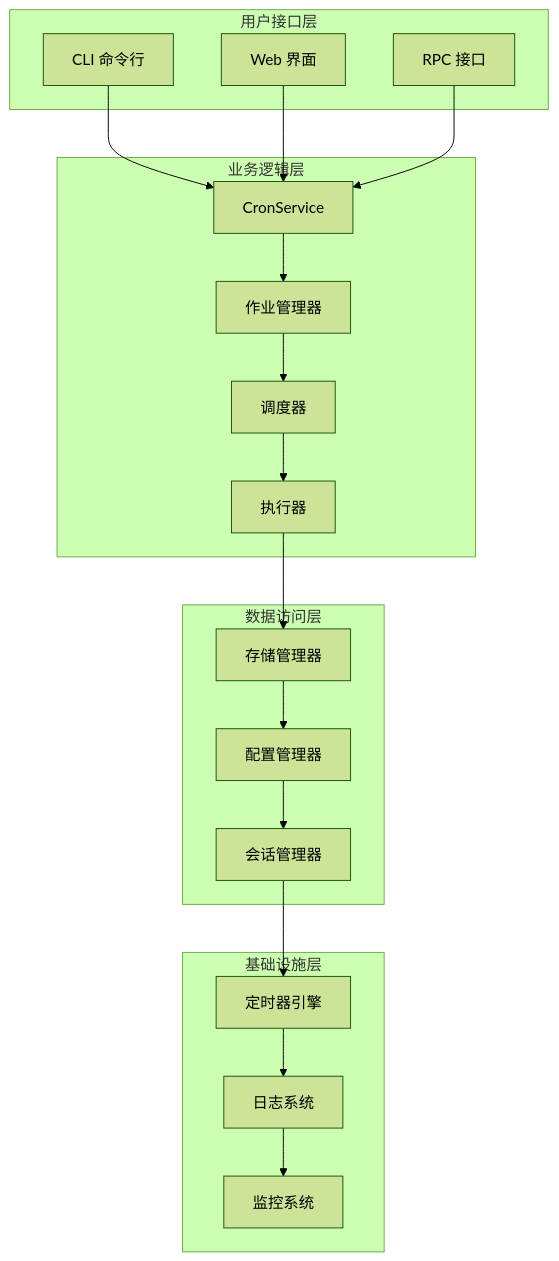
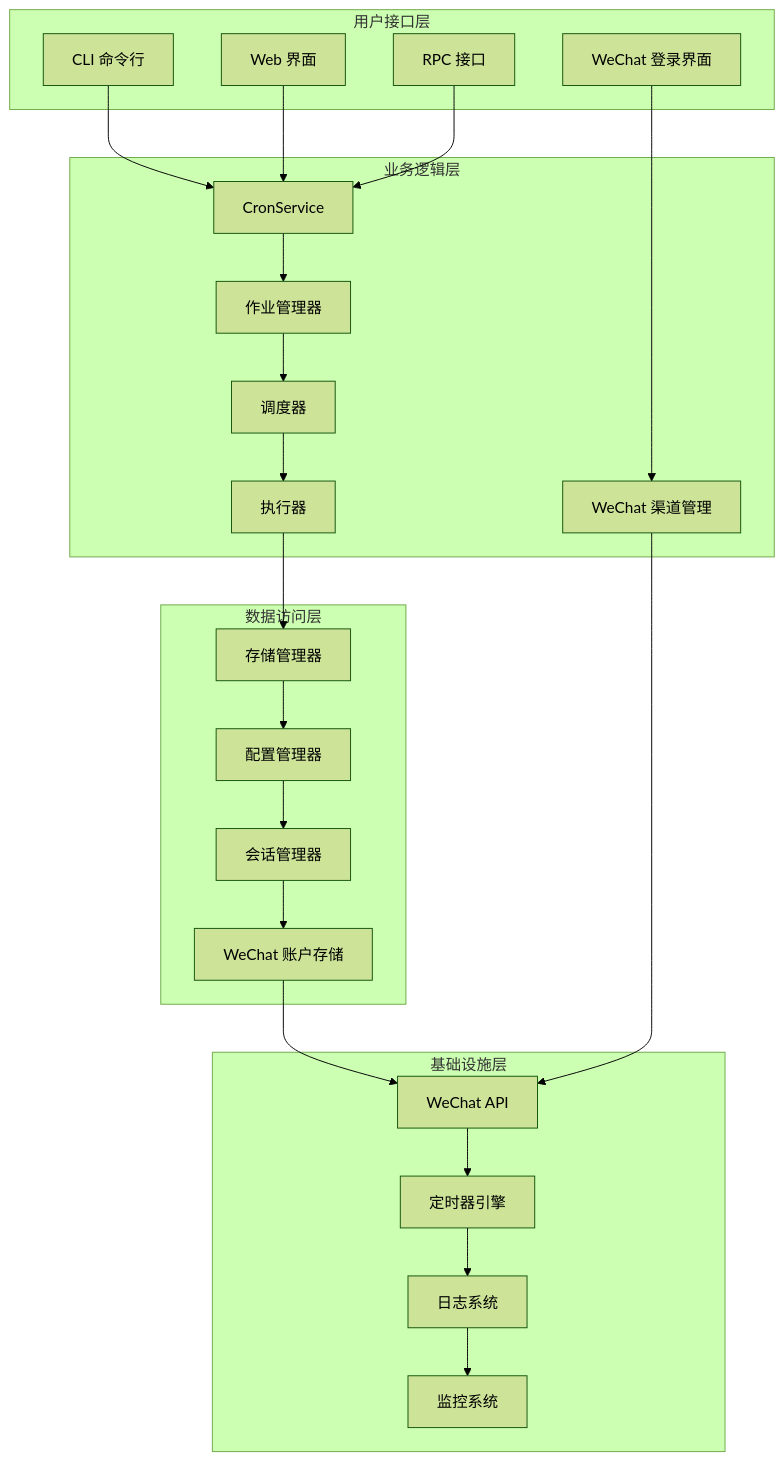
One commit to verse-ai-org/openclaw changed the fourth of 16 diagrams in .qoder/repowiki/zh/content/Web界面/定时任务管理系统/定时任务管理系统增强.md. Above: the diagram before and after it, drawn with Mermaid (forest theme). The commit also changed other lines of this file and 12 other files, not shown here.

````diff
--- a/.qoder/repowiki/zh/content/Web界面/定时任务管理系统/定时任务管理系统增强.md
+++ b/.qoder/repowiki/zh/content/Web界面/定时任务管理系统/定时任务管理系统增强.md
@@ -159,36 +206,44 @@
 ```mermaid
 graph TD
 subgraph "用户接口层"
 A[CLI 命令行]
 B[Web 界面]
 C[RPC 接口]
+D[WeChat 登录界面]
 end
 subgraph "业务逻辑层"
-D[CronService]
-E[作业管理器]
-F[调度器]
-G[执行器]
+E[CronService]
+F[作业管理器]
+G[调度器]
+H[执行器]
+I[WeChat 渠道管理]
 end
 subgraph "数据访问层"
-H[存储管理器]
-I[配置管理器]
-J[会话管理器]
+J[存储管理器]
+K[配置管理器]
+L[会话管理器]
+M[WeChat 账户存储]
 end
 subgraph "基础设施层"
-K[定时器引擎]
-L[日志系统]
-M[监控系统]
+N[定时器引擎]
+O[日志系统]
+P[监控系统]
+Q[WeChat API]
 end
-A --> D
-B --> D
-C --> D
-D --> E
+A --> E
+B --> E
+C --> E
+D --> I
 E --> F
 F --> G
 G --> H
-H --> I
-I --> J
+H --> J
 J --> K
 K --> L
 L --> M
+M --> Q
+I --> Q
+Q --> N
+N --> O
+O --> P
 ```
````
